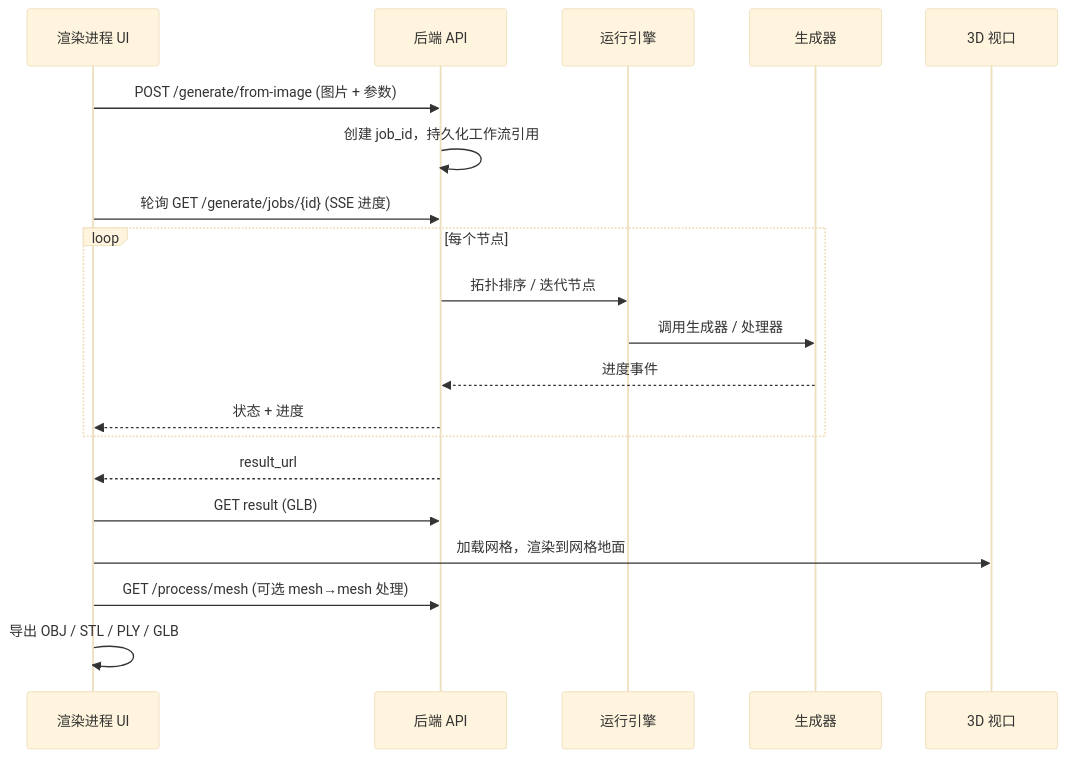
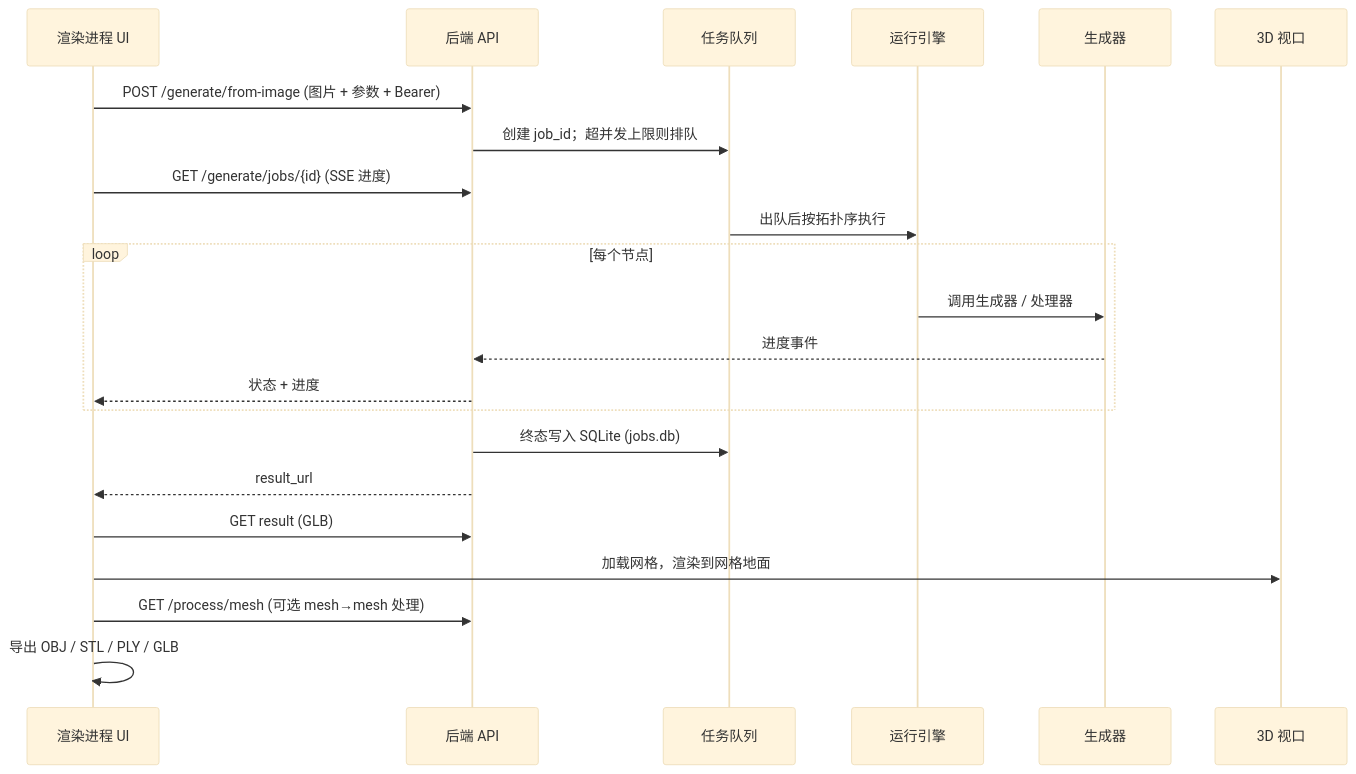
The second of 3 diagrams in README.zh-CN.md (weewrr/Meshforge), drawn with Mermaid (base theme) before and after one commit. The commit also changed other lines of this file and 78 other files, not shown here.

````diff
--- a/README.zh-CN.md
+++ b/README.zh-CN.md
@@ -131,23 +169,25 @@
 ```mermaid
 sequenceDiagram
     participant UI as 渲染进程 UI
     participant API as 后端 API
+    participant Job as 任务队列
     participant Eng as 运行引擎
     participant Gen as 生成器
     participant View as 3D 视口
 
-    UI->>API: POST /generate/from-image (图片 + 参数)
-    API->>API: 创建 job_id，持久化工作流引用
-    UI->>API: 轮询 GET /generate/jobs/{id} (SSE 进度)
+    UI->>API: POST /generate/from-image (图片 + 参数 + Bearer)
+    API->>Job: 创建 job_id；超并发上限则排队
+    UI->>API: GET /generate/jobs/{id} (SSE 进度)
+    Job->>Eng: 出队后按拓扑序执行
     loop 每个节点
-        API->>Eng: 拓扑排序 / 迭代节点
         Eng->>Gen: 调用生成器 / 处理器
         Gen-->>API: 进度事件
         API-->>UI: 状态 + 进度
     end
+    API->>Job: 终态写入 SQLite (jobs.db)
     API-->>UI: result_url
     UI->>API: GET result (GLB)
     UI->>View: 加载网格，渲染到网格地面
     UI->>API: GET /process/mesh (可选 mesh→mesh 处理)
     UI->>UI: 导出 OBJ / STL / PLY / GLB
 ```
````
